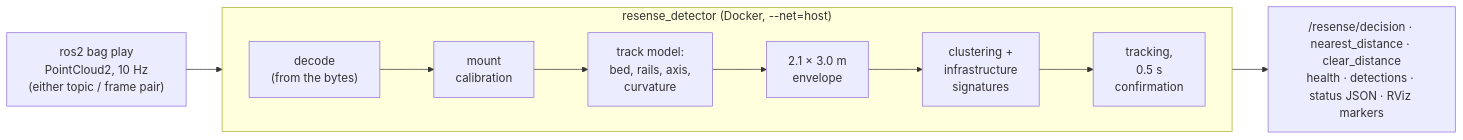
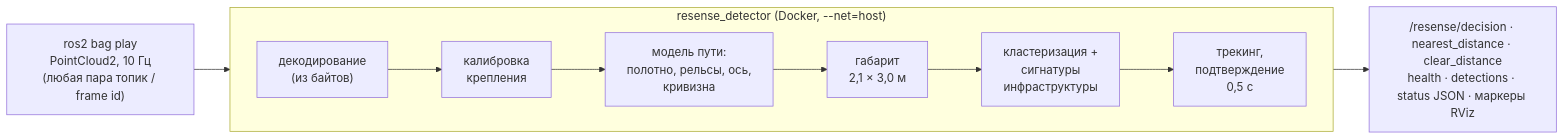
One commit to pmixay/ReSense changed the diagram in README.md. Above: the diagram before and after it, drawn with Mermaid. The commit also changed other lines of this file and 18 other files, not shown here.

````diff
--- a/README.md
+++ b/README.md
@@ -90,9 +90,9 @@
 ```mermaid
 flowchart LR
-  bag["ros2 bag play<br/>PointCloud2, 10 Hz<br/>(either topic / frame pair)"] --> node
+  bag["ros2 bag play<br/>PointCloud2, 10 Гц<br/>(любая пара топик / frame id)"] --> node
   subgraph node["resense_detector (Docker, --net=host)"]
     direction LR
-    dec["decode<br/>(from the bytes)"] --> cal["mount<br/>calibration"] --> trk["track model:<br/>bed, rails, axis,<br/>curvature"] --> env["2.1 × 3.0 m<br/>envelope"] --> clu["clustering +<br/>infrastructure<br/>signatures"] --> tr["tracking,<br/>0.5 s<br/>confirmation"]
+    dec["декодирование<br/>(из байтов)"] --> cal["калибровка<br/>крепления"] --> trk["модель пути:<br/>полотно, рельсы, ось,<br/>кривизна"] --> env["габарит<br/>2,1 × 3,0 м"] --> clu["кластеризация +<br/>сигнатуры<br/>инфраструктуры"] --> tr["трекинг,<br/>подтверждение<br/>0,5 с"]
   end
-  node --> out["/resense/decision · nearest_distance · clear_distance<br/>health · detections · status JSON · RViz markers"]
+  node --> out["/resense/decision · nearest_distance · clear_distance<br/>health · detections · status JSON · маркеры RViz"]
 ```
````
